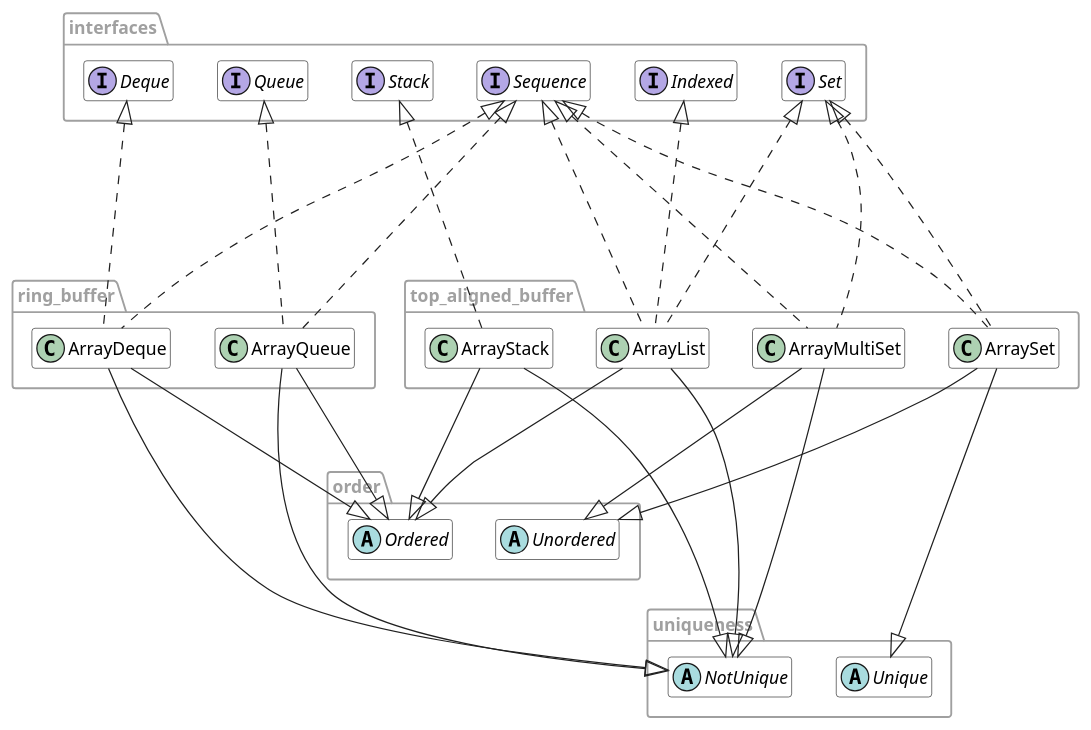
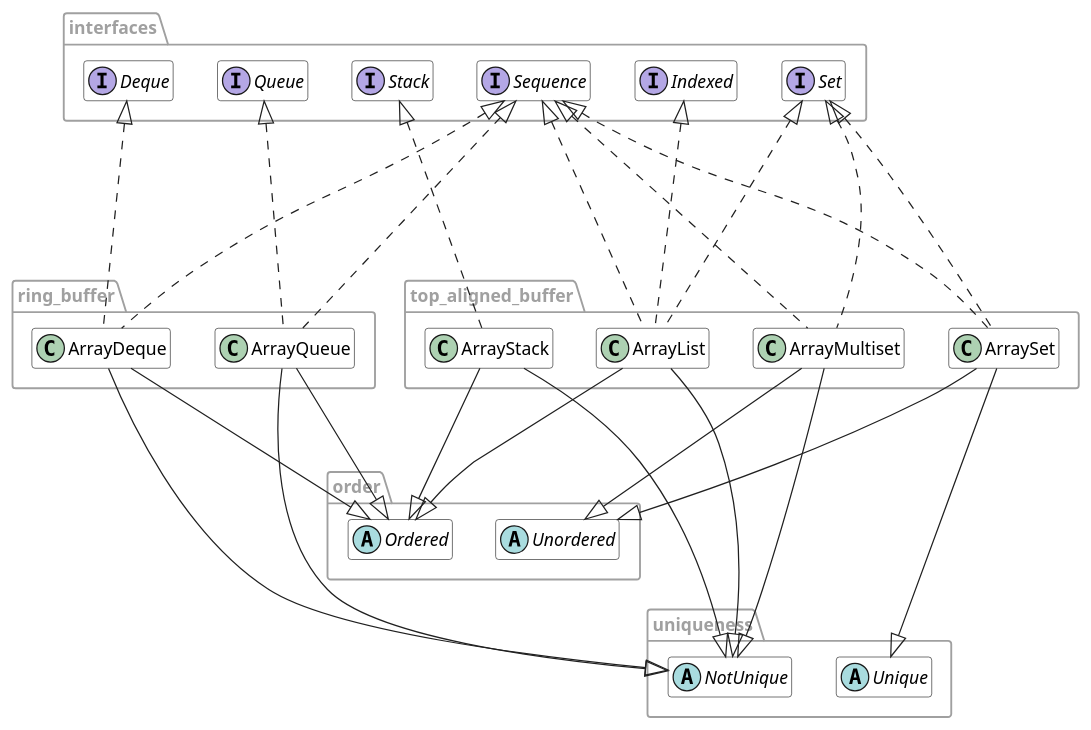
Before and after one commit to fal-works/banker: the diagram in docs/container.puml, drawn with PlantUML. The commit also changed 6 other files, not shown here.

Commit message:
container: rename ArrayMultiSet => ArrayMultiset

```diff
--- a/docs/container.puml
+++ b/docs/container.puml
@@ -1,84 +1,84 @@
 @startuml container
 
 ' ---- (style) --------------------------------
 
 skinparam shadowing false
 skinparam backgroundColor White
 skinparam package {
   BorderColor #A0A0A0
   FontColor #A0A0A0
 }
 skinparam class {
   BackgroundColor White
   ArrowColor #202020
   BorderColor #202020
   FontColor #000000
 }
 skinparam note {
   BackgroundColor White
   FontColor #606060
   BorderColor #C0C0C0
 }
 skinparam stereotypeIBackgroundColor Lavender
 hide empty members
 
 ' ---- (diagram) ------------------------------
 
 package interfaces {
   interface Deque
   interface Indexed
   interface Queue
   interface Sequence
   interface Set
   interface Stack
 }
 package ring_buffer {
   class ArrayDeque
   class ArrayQueue
 }
 
 package top_aligned_buffer {
   class ArrayList
-  class ArrayMultiSet
+  class ArrayMultiset
   class ArraySet
   class ArrayStack
 }
 
 Deque <|.... ArrayDeque
 Sequence <|.... ArrayDeque
 Indexed <|.... ArrayList
 Sequence <|.... ArrayList
 Set <|.... ArrayList
-Set <|.... ArrayMultiSet
-Sequence <|.... ArrayMultiSet
+Set <|.... ArrayMultiset
+Sequence <|.... ArrayMultiset
 Queue <|.... ArrayQueue
 Sequence <|.... ArrayQueue
 Set <|.... ArraySet
 Sequence <|.... ArraySet
 Stack <|.... ArrayStack
 
 package order {
   abstract Ordered
   abstract Unordered
 }
 
 ArrayDeque ---|> Ordered
 ArrayList ---|> Ordered
 ArrayQueue ---|> Ordered
 ArrayStack ---|> Ordered
 ArraySet ---|> Unordered
-ArrayMultiSet ---|> Unordered
+ArrayMultiset ---|> Unordered
 
 package uniqueness {
   abstract Unique
   abstract NotUnique
 }
 
 ArrayDeque ----|> NotUnique
 ArrayList ----|> NotUnique
 ArrayQueue ----|> NotUnique
 ArrayStack ----|> NotUnique
 ArraySet ----|> Unique
-ArrayMultiSet ----|> NotUnique
+ArrayMultiset ----|> NotUnique
 
 @enduml
```
